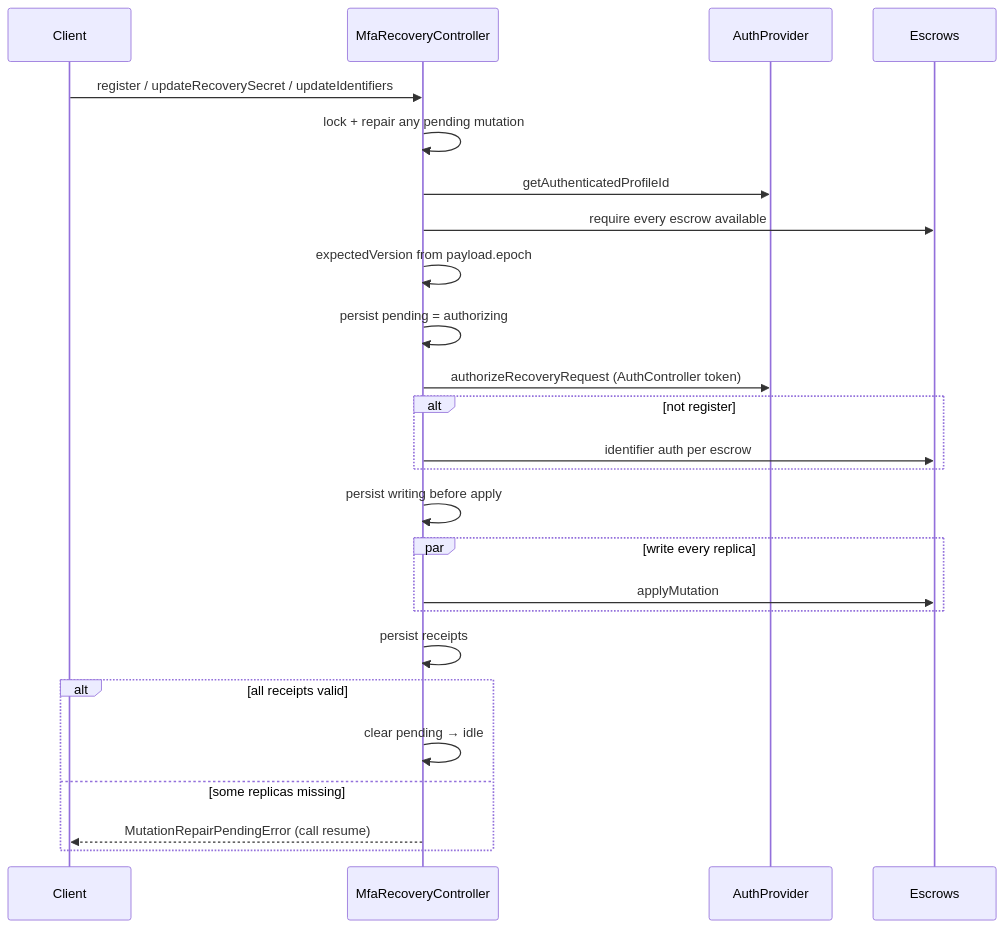
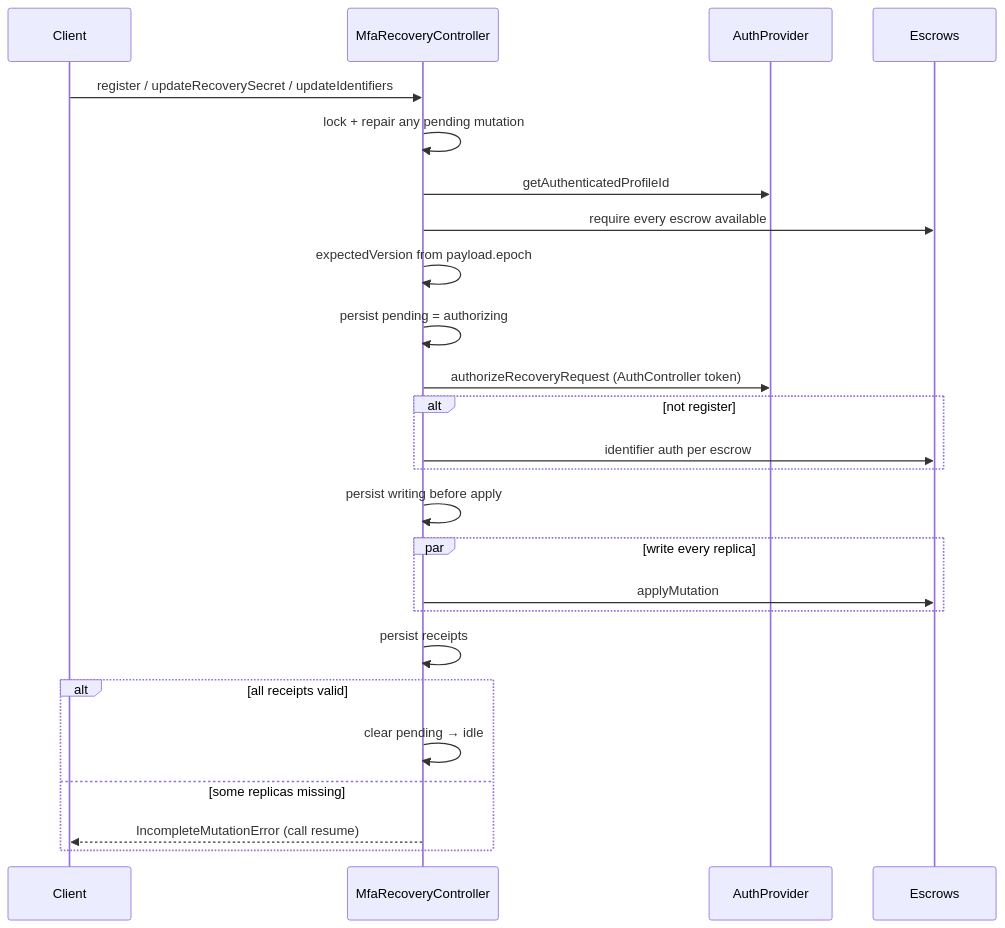
The third of 6 diagrams in packages/mfa-recovery-controller/ARCHITECTURE.md (MetaMask/core), drawn with Mermaid before and after one commit. The commit also changed other lines of this file and 16 other files, not shown here.

````diff
--- a/packages/mfa-recovery-controller/ARCHITECTURE.md
+++ b/packages/mfa-recovery-controller/ARCHITECTURE.md
@@ -82,28 +87,28 @@
 ```mermaid
 sequenceDiagram
   participant C as Client
   participant M as MfaRecoveryController
   participant A as AuthProvider
   participant E as Escrows
 
   C->>M: register / updateRecoverySecret / updateIdentifiers
   M->>M: lock + repair any pending mutation
   M->>A: getAuthenticatedProfileId
   M->>E: require every escrow available
   M->>M: expectedVersion from payload.epoch
   M->>M: persist pending = authorizing
   M->>A: authorizeRecoveryRequest (AuthController token)
   alt not register
     M->>E: identifier auth per escrow
   end
   M->>M: persist writing before apply
   par write every replica
     M->>E: applyMutation
   end
   M->>M: persist receipts
   alt all receipts valid
     M->>M: clear pending → idle
   else some replicas missing
-    M-->>C: MutationRepairPendingError (call resume)
+    M-->>C: IncompleteMutationError (call resume)
   end
 ```
````
